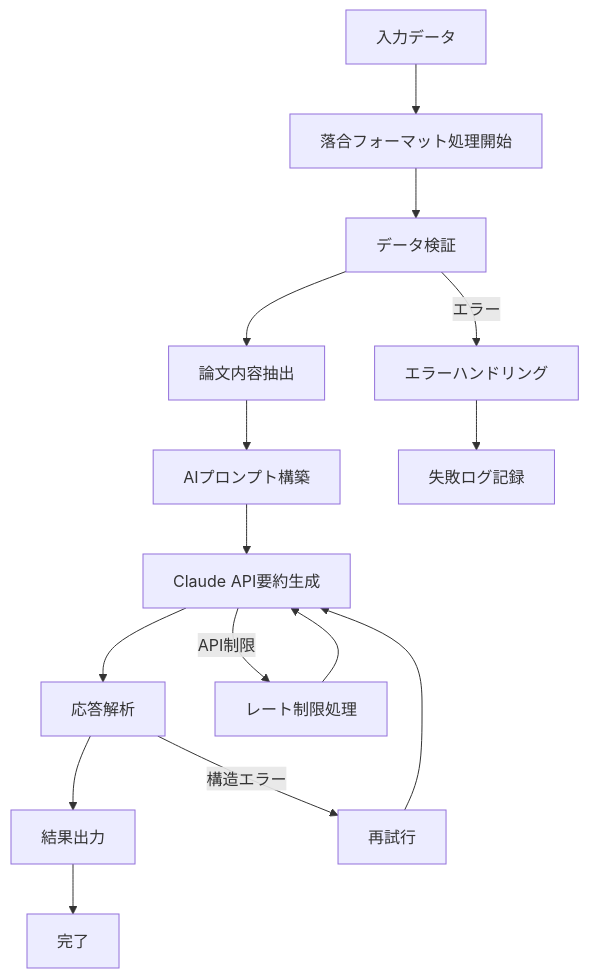
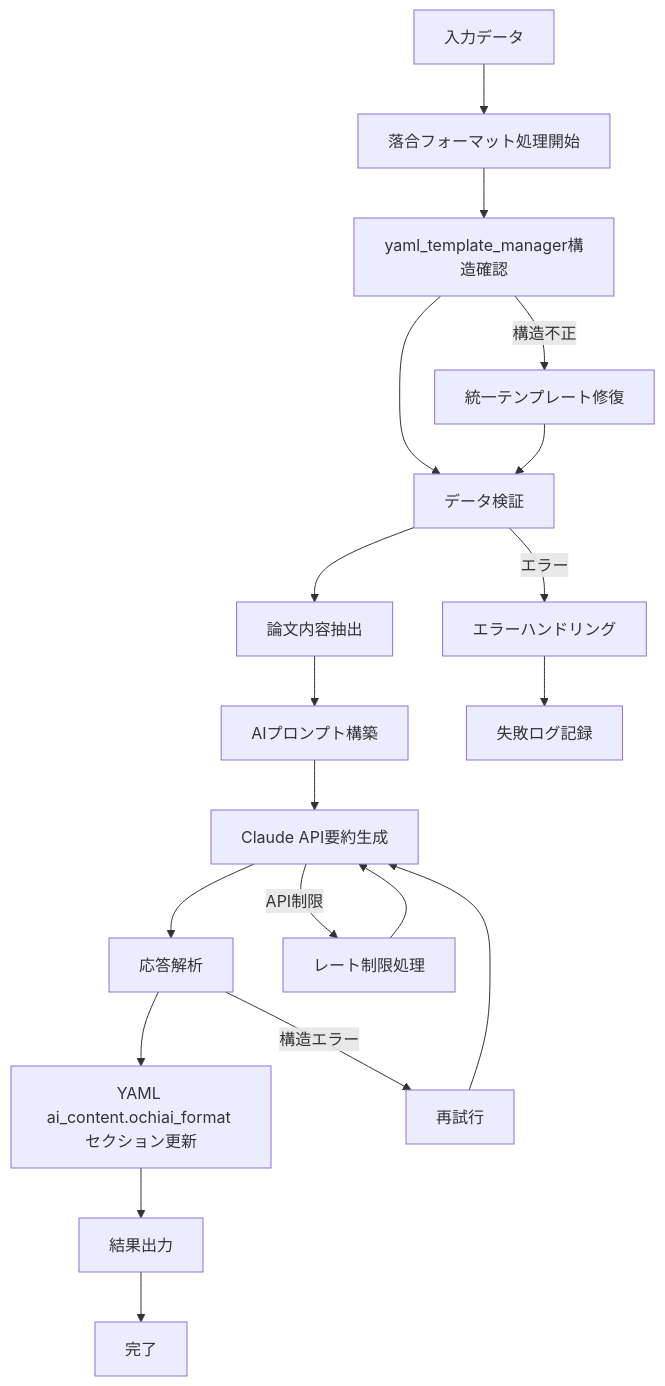
Before and after one commit to shuu5/ObsClippingsManager: the first of 2 diagrams in code/contexts/ochiai_format_specification.md, drawn with Mermaid. The commit also changed other lines of this file and 8 other files, not shown here.

````diff
--- a/code/contexts/ochiai_format_specification.md
+++ b/code/contexts/ochiai_format_specification.md
@@ -9,18 +9,22 @@
 ```mermaid
 flowchart TD
     A["入力データ"] --> B["落合フォーマット処理開始"]
-    B --> C["データ検証"]
-    C --> D["論文内容抽出"]
-    D --> E["AIプロンプト構築"]
-    E --> F["Claude API要約生成"]
-    F --> G["応答解析"]
-    G --> H["結果出力"]
-    H --> I["完了"]
+    B --> C["yaml_template_manager構造確認"]
+    C --> D["データ検証"]
+    D --> E["論文内容抽出"]
+    E --> F["AIプロンプト構築"]
+    F --> G["Claude API要約生成"]
+    G --> H["応答解析"]
+    H --> I["YAML ai_content.ochiai_format セクション更新"]
+    I --> J["結果出力"]
+    J --> K["完了"]
     
-    C -->|エラー| J["エラーハンドリング"]
-    F -->|API制限| K["レート制限処理"]
-    G -->|構造エラー| L["再試行"]
-    J --> M["失敗ログ記録"]
-    K --> F
-    L --> F
+    C -->|構造不正| L["統一テンプレート修復"]
+    D -->|エラー| M["エラーハンドリング"]
+    G -->|API制限| N["レート制限処理"]
+    H -->|構造エラー| O["再試行"]
+    L --> D
+    M --> P["失敗ログ記録"]
+    N --> G
+    O --> G
 ```
````
